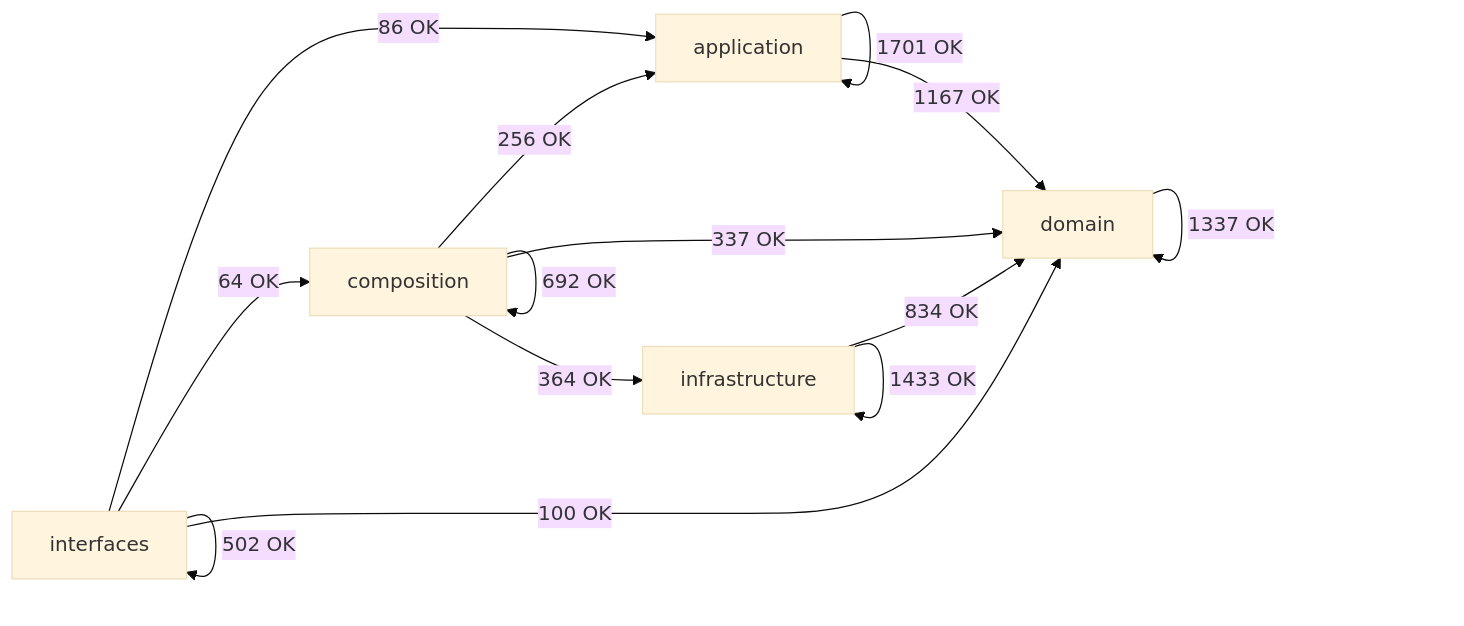
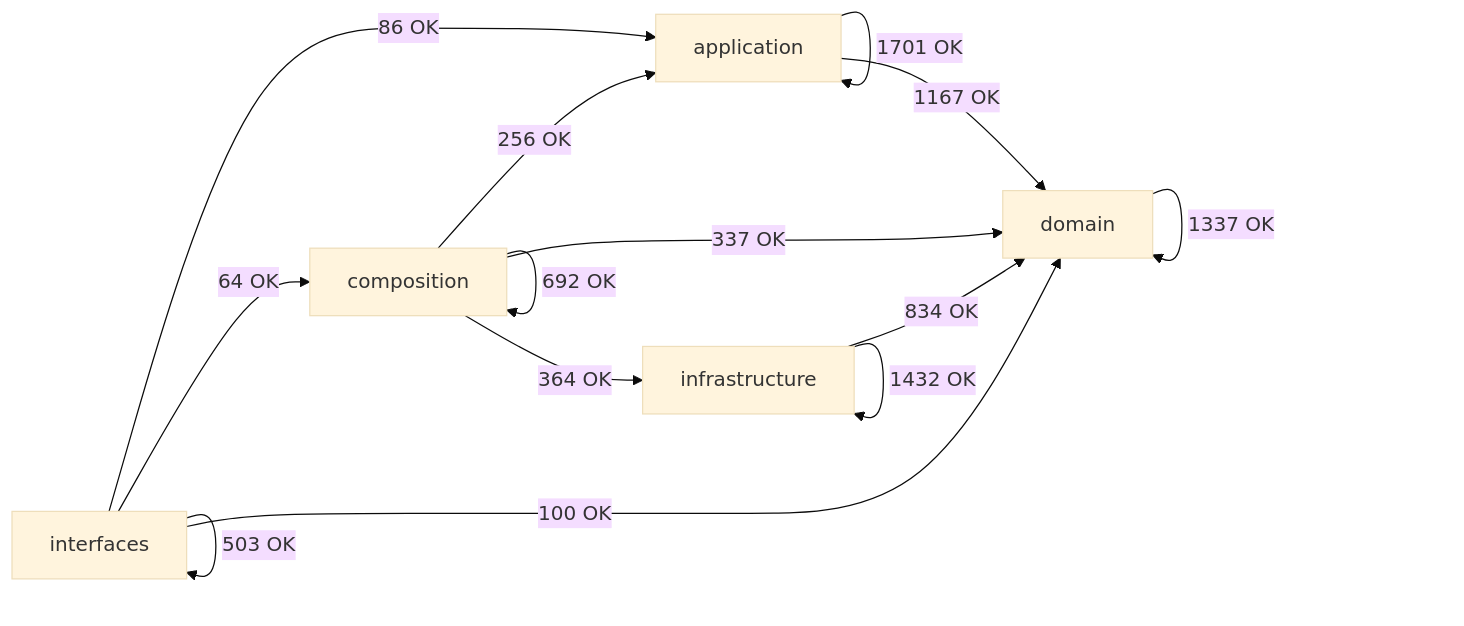
Before and after one commit to SatoryKono/BioactivityDataAcquisition: the diagram in docs/02-architecture/generated/module-dependency-map.md, drawn with Mermaid (base theme). The commit also changed other lines of this file and 2 other files, not shown here.

````diff
--- a/docs/02-architecture/generated/module-dependency-map.md
+++ b/docs/02-architecture/generated/module-dependency-map.md
@@ -17,21 +17,21 @@
 ```mermaid
 flowchart LR
     domain[domain]
     application[application]
     infrastructure[infrastructure]
     composition[composition]
     interfaces[interfaces]
     application -->|1701 OK| application
     application -->|1167 OK| domain
     composition -->|256 OK| application
     composition -->|692 OK| composition
     composition -->|337 OK| domain
     composition -->|364 OK| infrastructure
     domain -->|1337 OK| domain
     infrastructure -->|834 OK| domain
-    infrastructure -->|1433 OK| infrastructure
+    infrastructure -->|1432 OK| infrastructure
     interfaces -->|86 OK| application
     interfaces -->|64 OK| composition
     interfaces -->|100 OK| domain
-    interfaces -->|502 OK| interfaces
+    interfaces -->|503 OK| interfaces
 ```
````
